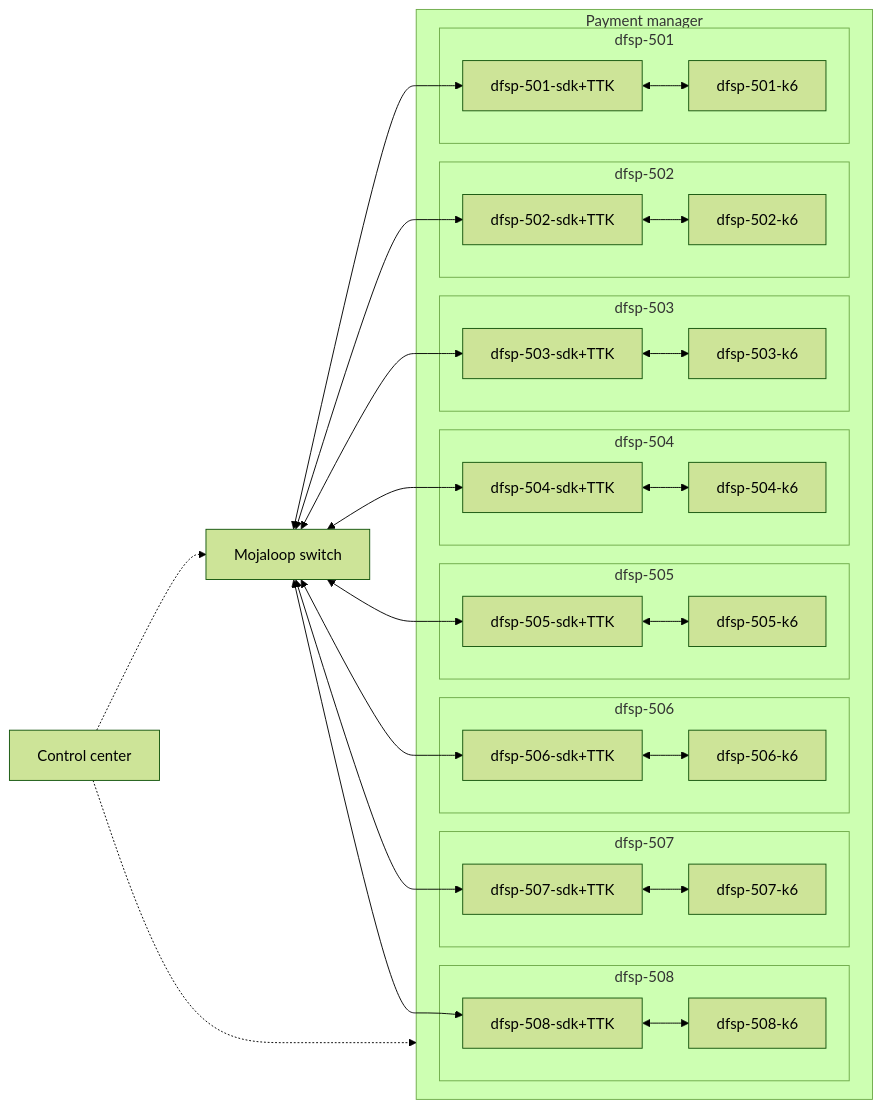
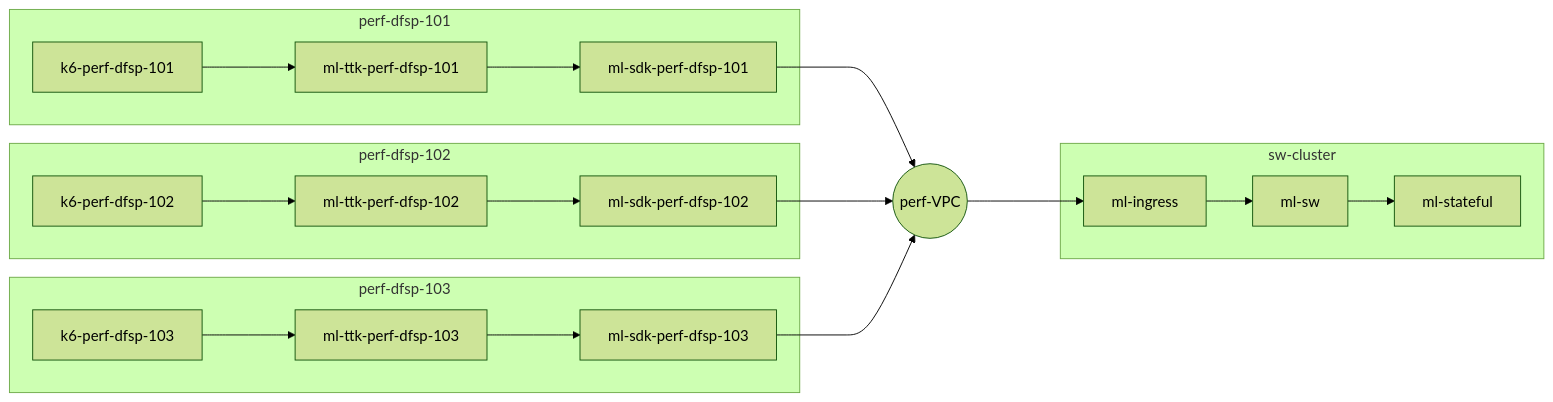
Before and after one commit to mojaloop/ml-perf-whitepaper-ws: the diagram in phases/02-infrastructure/README.md, drawn with Mermaid (forest theme). The commit also changed other lines of this file and 1 other file, not shown here.

Commit message:
new architecture

````diff
--- a/phases/02-infrastructure/README.md
+++ b/phases/02-infrastructure/README.md
@@ -16,79 +5,27 @@
 ```mermaid
 graph LR
-  cc[Control center]
-  sw[Mojaloop switch]
-  
-
-  subgraph pm [Payment manager]
-    
-    subgraph dfsp-501
-      dfsp-501-sdk+TTK
-      dfsp-501-k6
-    end 
-
-    subgraph dfsp-502
-      dfsp-502-sdk+TTK
-      dfsp-502-k6
-    end 
-
-    subgraph dfsp-503
-      dfsp-503-sdk+TTK
-      dfsp-503-k6
-    end 
-  
-      subgraph dfsp-504
-      dfsp-504-sdk+TTK
-      dfsp-504-k6
-    end 
-
-    subgraph dfsp-505
-      dfsp-505-sdk+TTK
-      dfsp-505-k6
-    end 
-
-    subgraph dfsp-506
-      dfsp-506-sdk+TTK
-      dfsp-506-k6
-    end 
-
-    subgraph dfsp-507
-      dfsp-507-sdk+TTK
-      dfsp-507-k6
-    end 
-
-    subgraph dfsp-508
-      dfsp-508-sdk+TTK
-      dfsp-508-k6
-    end 
-
+  perf-vpc((perf-VPC))
+  subgraph sw-cluster
+    ml-ingress --> ml-sw --> ml-stateful
   end
 
+  subgraph perf-dfsp-101
+    k6-perf-dfsp-101 ---> ml-ttk-perf-dfsp-101 ---> ml-sdk-perf-dfsp-101
+  end
+  ml-sdk-perf-dfsp-101 ---> perf-vpc
 
+  subgraph perf-dfsp-102
+    k6-perf-dfsp-102 ---> ml-ttk-perf-dfsp-102 ---> ml-sdk-perf-dfsp-102
+  end
+  ml-sdk-perf-dfsp-102 ---> perf-vpc
 
-  cc .-> sw
-  cc .-> pm
+  subgraph perf-dfsp-103
+    k6-perf-dfsp-103 ---> ml-ttk-perf-dfsp-103 ---> ml-sdk-perf-dfsp-103
+  end
+  ml-sdk-perf-dfsp-103 ---> perf-vpc
+   
 
-  sw <--> dfsp-501-sdk+TTK
-  dfsp-501-sdk+TTK <--> dfsp-501-k6
+   
+  perf-vpc ---> ml-ingress
 
-  sw <--> dfsp-502-sdk+TTK
-  dfsp-502-sdk+TTK <-->  dfsp-502-k6
-
-  sw <--> dfsp-503-sdk+TTK
-  dfsp-503-sdk+TTK <--> dfsp-503-k6
-
-    sw <--> dfsp-504-sdk+TTK
-  dfsp-504-sdk+TTK <--> dfsp-504-k6
-
-  sw <--> dfsp-505-sdk+TTK
-  dfsp-505-sdk+TTK <-->  dfsp-505-k6
-
-  sw <--> dfsp-506-sdk+TTK
-  dfsp-506-sdk+TTK <--> dfsp-506-k6
-
-  sw <--> dfsp-507-sdk+TTK
-  dfsp-507-sdk+TTK <-->  dfsp-507-k6
-
-  sw <--> dfsp-508-sdk+TTK
-  dfsp-508-sdk+TTK <--> dfsp-508-k6
 ```
````
